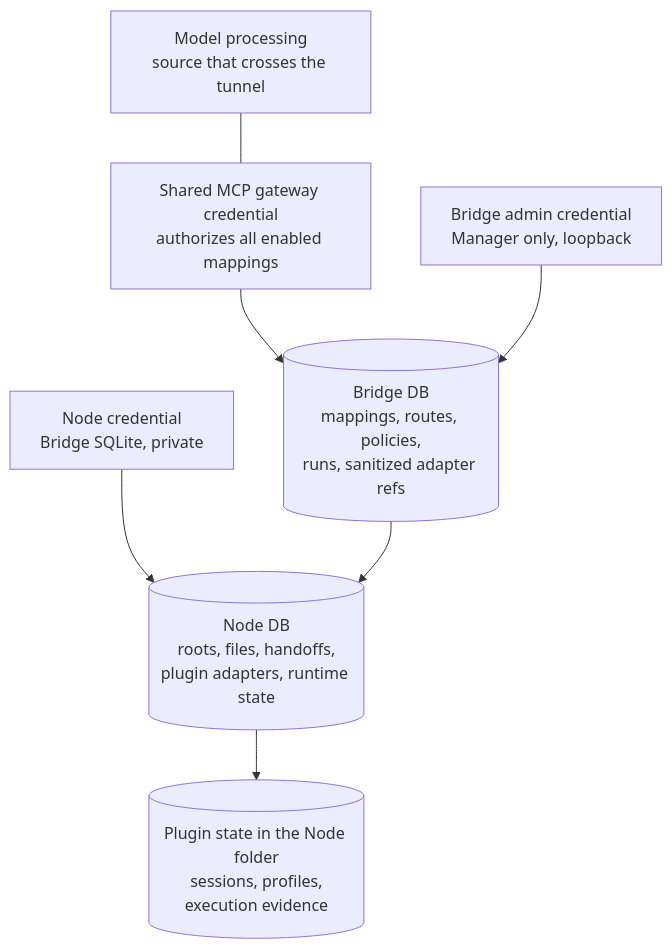
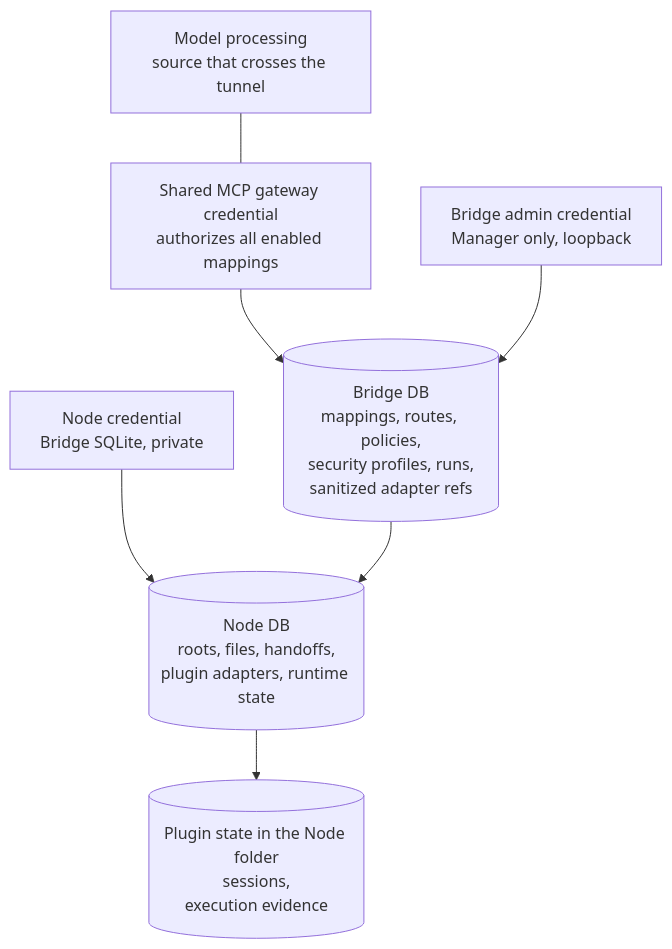
One commit to sheldonxxxx/workspace-bridge changed the third of 5 diagrams in docs/ARCHITECTURE.md. Above: the diagram before and after it, drawn with Mermaid. The commit also changed other lines of this file and 70 other files, not shown here.

First line of the commit message:
feat!: move security profiles into the Bridge and send them with every run

````diff
--- a/docs/ARCHITECTURE.md
+++ b/docs/ARCHITECTURE.md
@@ -142,15 +143,15 @@
 ```mermaid
 flowchart TB
     Internet["Model processing<br/>source that crosses the tunnel"]
     Gateway["Shared MCP gateway credential<br/>authorizes all enabled mappings"]
     Admin["Bridge admin credential<br/>Manager only, loopback"]
     NodeCred["Node credential<br/>Bridge SQLite, private"]
-    BridgeDB[("Bridge DB<br/>mappings, routes, policies,<br/>runs, sanitized adapter refs")]
+    BridgeDB[("Bridge DB<br/>mappings, routes, policies,<br/>security profiles, runs,<br/>sanitized adapter refs")]
     NodeDB[("Node DB<br/>roots, files, handoffs,<br/>plugin adapters, runtime state")]
-    AdapterState[("Plugin state in the Node folder<br/>sessions, profiles,<br/>execution evidence")]
+    AdapterState[("Plugin state in the Node folder<br/>sessions,<br/>execution evidence")]
     Internet --- Gateway
     Gateway --> BridgeDB
     Admin --> BridgeDB
     NodeCred --> NodeDB
     BridgeDB --> NodeDB --> AdapterState
 ```
````
